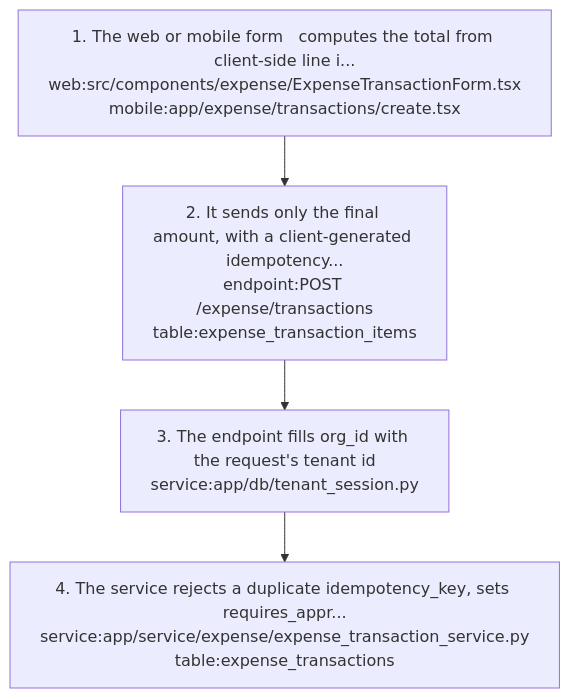
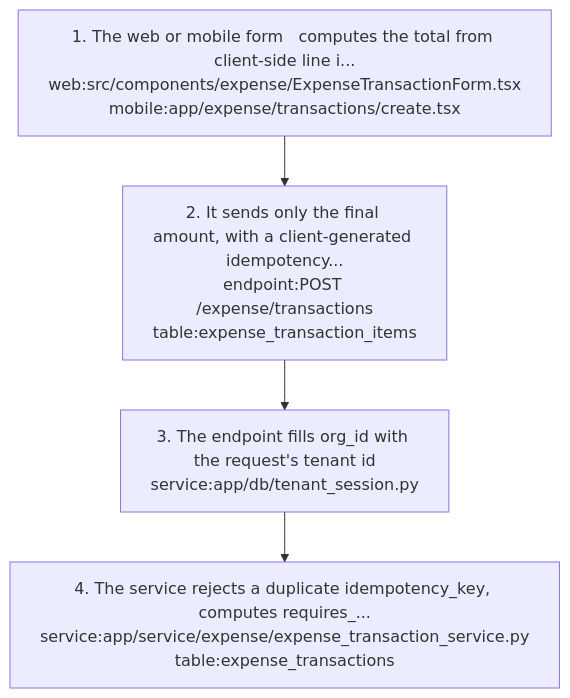
One commit to nerellasraj21/cos360_full_app changed the third of 5 diagrams in docs/graph/views/expense.md. Above: the diagram before and after it, drawn with Mermaid. The commit also changed other lines of this file and 44 other files, not shown here.

First line of the commit message:
Re-verify project docs and knowledge graph against current code

````diff
--- a/docs/graph/views/expense.md
+++ b/docs/graph/views/expense.md
@@ -172,10 +174,10 @@
 ```mermaid
 flowchart TD
   s1["1. The web or mobile form   computes the total from client-side line i...<br/>web:src/components/expense/ExpenseTransactionForm.tsx<br/>mobile:app/expense/transactions/create.tsx"]
   s2["2. It sends only the final amount, with a client-generated idempotency...<br/>endpoint:POST /expense/transactions<br/>table:expense_transaction_items"]
   s1 --> s2
   s3["3. The endpoint fills org_id with the request's tenant id<br/>service:app/db/tenant_session.py"]
   s2 --> s3
-  s4["4. The service rejects a duplicate idempotency_key, sets requires_appr...<br/>service:app/service/expense/expense_transaction_service.py<br/>table:expense_transactions"]
+  s4["4. The service rejects a duplicate idempotency_key, computes requires_...<br/>service:app/service/expense/expense_transaction_service.py<br/>table:expense_transactions"]
   s3 --> s4
 ```
````
